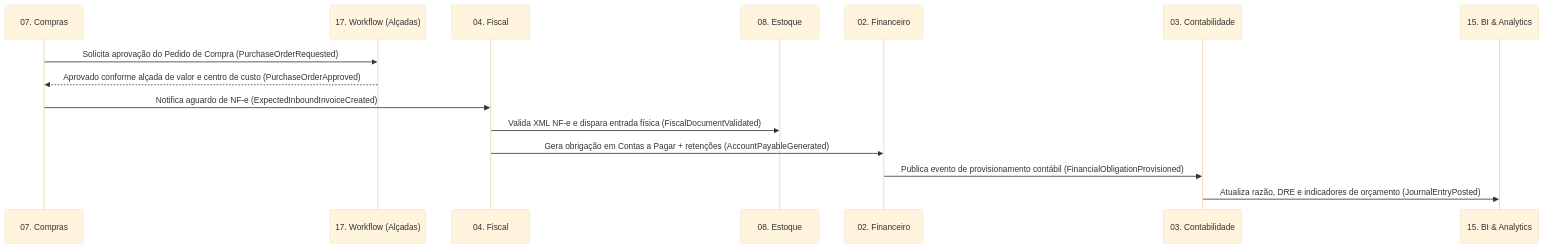
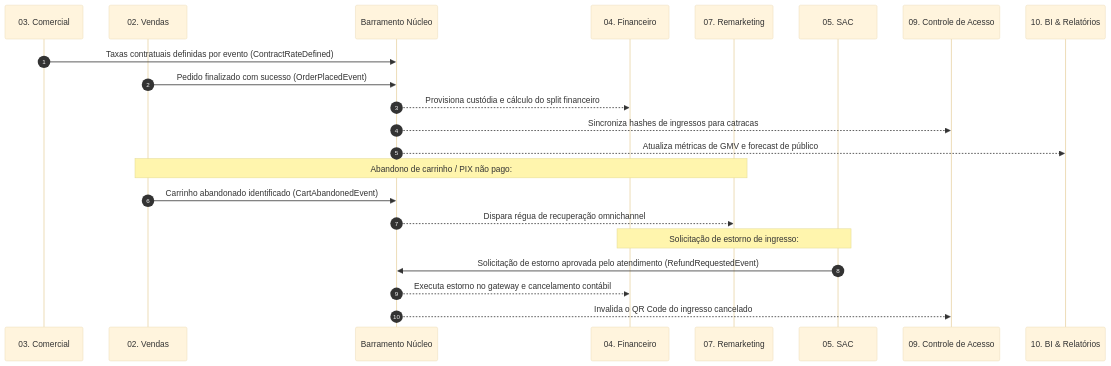
One commit to viniciuscasagrande-creator/DELTA_I changed the diagram in docs/02-mapa-de-modulos.md. Above: the diagram before and after it, drawn with Mermaid (base theme). The commit also changed other lines of this file and 10 other files, not shown here.

````diff
--- a/docs/02-mapa-de-modulos.md
+++ b/docs/02-mapa-de-modulos.md
@@ -35,18 +58,27 @@
 ```mermaid
 sequenceDiagram
-    participant Pur as 07. Compras
-    participant Wf as 17. Workflow (Alçadas)
-    participant Fis as 04. Fiscal
-    participant Inv as 08. Estoque
-    participant Fin as 02. Financeiro
-    participant Acc as 03. Contabilidade
-    participant BI as 15. BI & Analytics
+    autonumber
+    participant Com as 03. Comercial
+    participant Vendas as 02. Vendas
+    participant Outbox as Barramento Núcleo
+    participant Fin as 04. Financeiro
+    participant Remk as 07. Remarketing
+    participant SAC as 05. SAC
+    participant Acesso as 09. Controle de Acesso
+    participant BI as 10. BI & Relatórios
 
-    Pur->>Wf: Solicita aprovação do Pedido de Compra (PurchaseOrderRequested)
-    Wf-->>Pur: Aprovado conforme alçada de valor e centro de custo (PurchaseOrderApproved)
-    Pur->>Fis: Notifica aguardo de NF-e (ExpectedInboundInvoiceCreated)
-    Fis->>Inv: Valida XML NF-e e dispara entrada física (FiscalDocumentValidated)
-    Fis->>Fin: Gera obrigação em Contas a Pagar + retenções (AccountPayableGenerated)
-    Fin->>Acc: Publica evento de provisionamento contábil (FinancialObligationProvisioned)
-    Acc->>BI: Atualiza razão, DRE e indicadores de orçamento (JournalEntryPosted)
+    Com->>Outbox: Taxas contratuais definidas por evento (ContractRateDefined)
+    Vendas->>Outbox: Pedido finalizado com sucesso (OrderPlacedEvent)
+    Outbox-->>Fin: Provisiona custódia e cálculo do split financeiro
+    Outbox-->>Acesso: Sincroniza hashes de ingressos para catracas
+    Outbox-->>BI: Atualiza métricas de GMV e forecast de público
+
+    Note over Vendas,Remk: Abandono de carrinho / PIX não pago:
+    Vendas->>Outbox: Carrinho abandonado identificado (CartAbandonedEvent)
+    Outbox-->>Remk: Dispara régua de recuperação omnichannel
+
+    Note over SAC,Fin: Solicitação de estorno de ingresso:
+    SAC->>Outbox: Solicitação de estorno aprovada pelo atendimento (RefundRequestedEvent)
+    Outbox-->>Fin: Executa estorno no gateway e cancelamento contábil
+    Outbox-->>Acesso: Invalida o QR Code do ingresso cancelado
 ```
````
